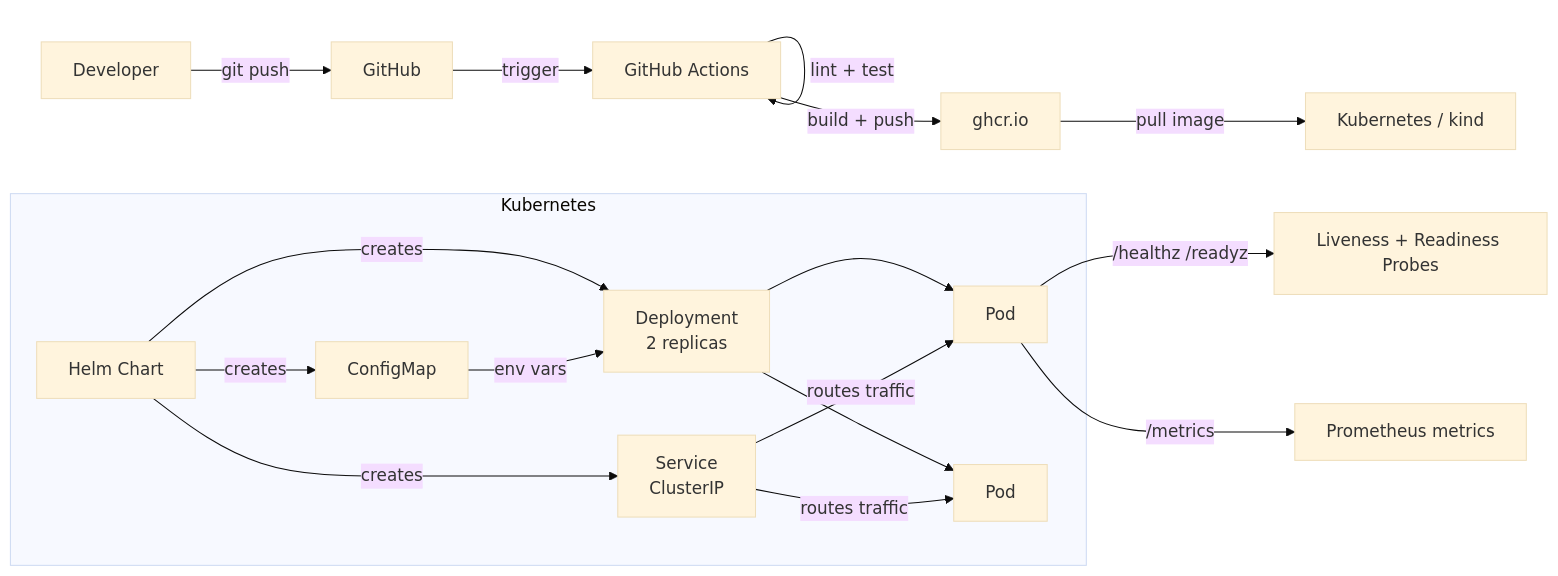
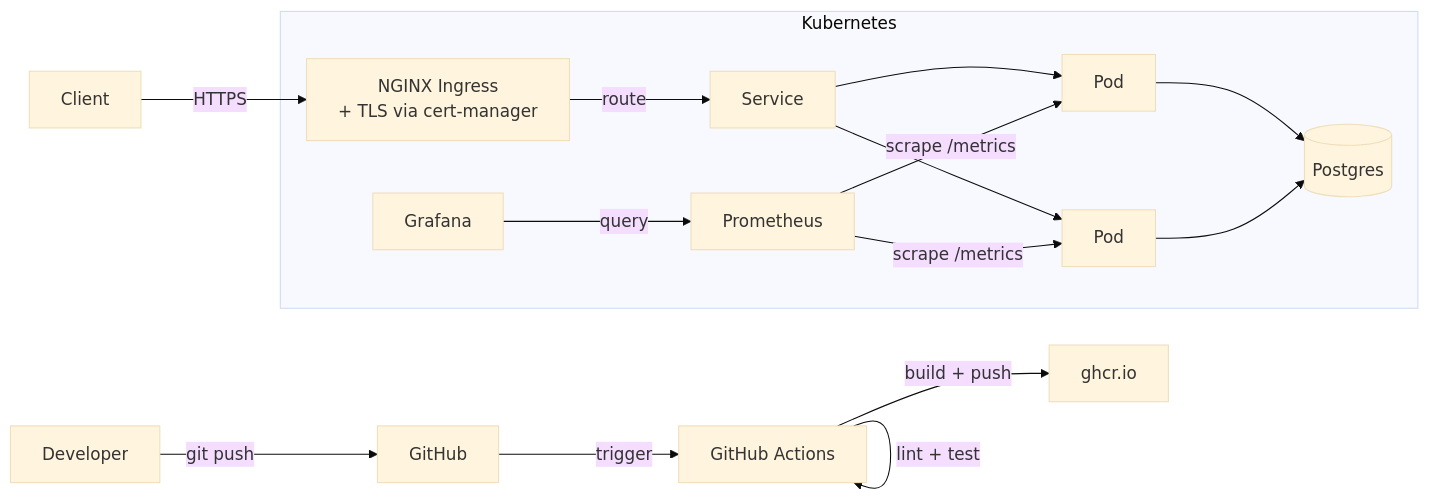
The first of 2 diagrams in README.md (esuen/launchpad), drawn with Mermaid (base theme) before and after one commit. The commit also changed other lines of this file and 22 other files, not shown here.

First line of the commit message:
Add Phase 2: Postgres, ingress + TLS, secrets, Prometheus + Grafana

````diff
--- a/README.md
+++ b/README.md
@@ -7,23 +7,20 @@
 ```mermaid
 graph LR
     Dev[Developer] -->|git push| GH[GitHub]
     GH -->|trigger| CI[GitHub Actions]
     CI -->|lint + test| CI
     CI -->|build + push| GHCR[ghcr.io]
 
-    GHCR -->|pull image| K8s[Kubernetes / kind]
+    Client[Client] -->|HTTPS| Ingress[NGINX Ingress<br/>+ TLS via cert-manager]
 
     subgraph Kubernetes
-        HelmChart[Helm Chart] -->|creates| Deploy[Deployment<br/>2 replicas]
-        HelmChart -->|creates| Svc[Service<br/>ClusterIP]
-        HelmChart -->|creates| CM[ConfigMap]
-        CM -->|env vars| Deploy
-        Deploy --> PodA[Pod]
-        Deploy --> PodB[Pod]
-        Svc -->|routes traffic| PodA
-        Svc -->|routes traffic| PodB
+        Ingress -->|route| Svc[Service]
+        Svc --> PodA[Pod]
+        Svc --> PodB[Pod]
+        PodA --> PG[(Postgres)]
+        PodB --> PG
+        Prometheus -->|scrape /metrics| PodA
+        Prometheus -->|scrape /metrics| PodB
+        Grafana -->|query| Prometheus
     end
-
-    PodA -->|/healthz /readyz| Probes[Liveness + Readiness Probes]
-    PodA -->|/metrics| Prom[Prometheus metrics]
 ```
````
